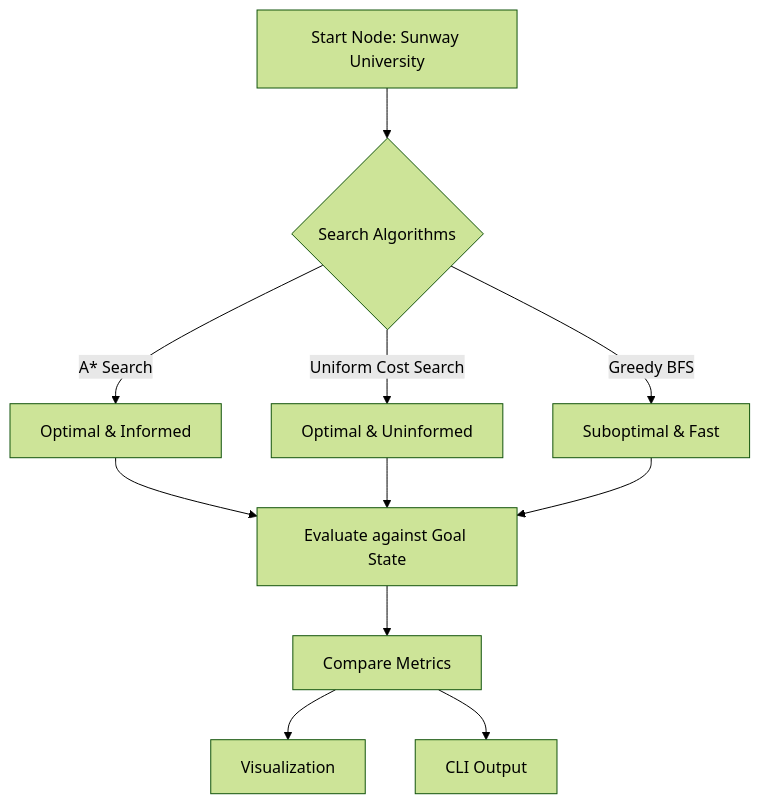
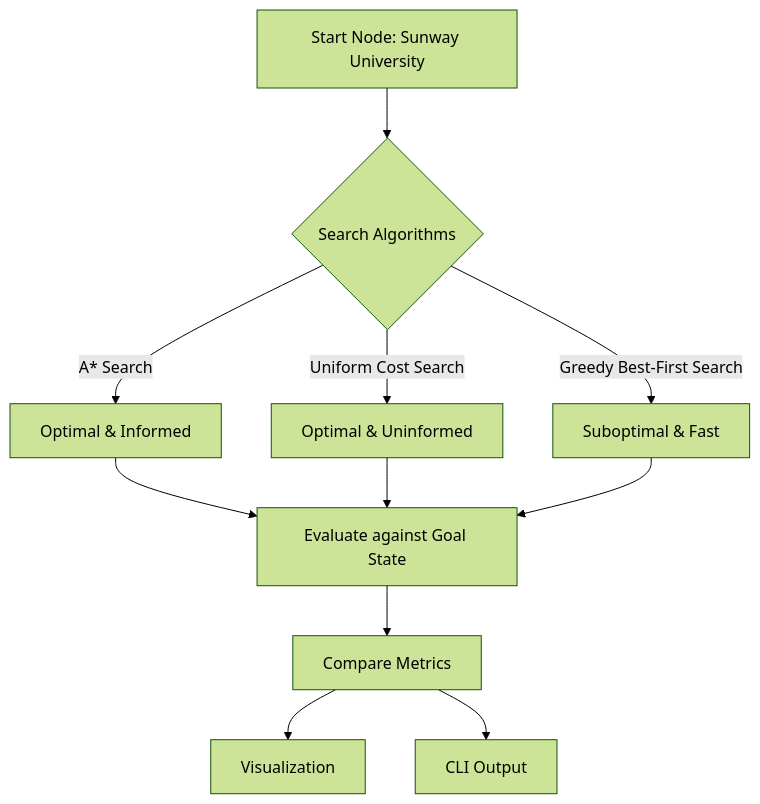
The first of 2 diagrams in README.md (JaedenTYY/csc3206-assignment2), drawn with Mermaid (forest theme) before and after one commit. The commit also changed other lines of this file and 14 other files, not shown here.

````diff
--- a/README.md
+++ b/README.md
@@ -59,13 +59,13 @@
 ```mermaid
 graph TD
     A[Start Node: Sunway University] --> B{Search Algorithms}
     B -->|A* Search| C[Optimal & Informed]
     B -->|Uniform Cost Search| D[Optimal & Uninformed]
-    B -->|Greedy BFS| E[Suboptimal & Fast]
+    B -->|Greedy Best-First Search| E[Suboptimal & Fast]
     C --> F[Evaluate against Goal State]
     D --> F
     E --> F
     F --> G[Compare Metrics]
     G --> H[Visualization]
     G --> I[CLI Output]
 ```
````
